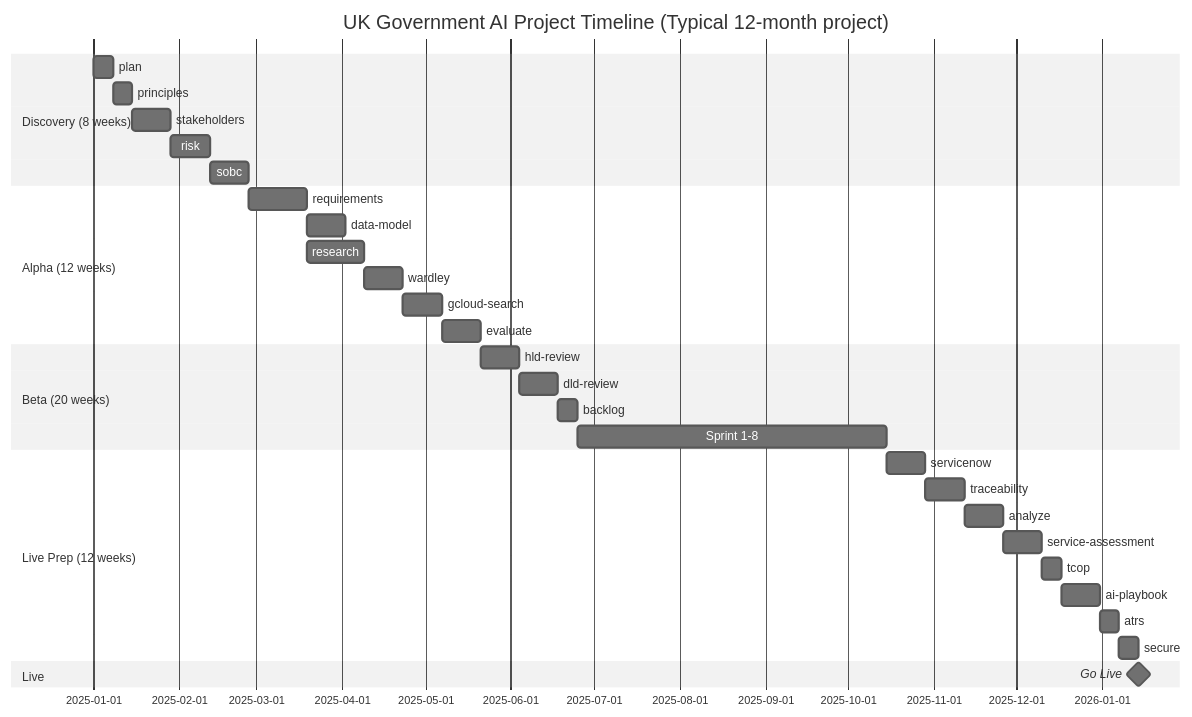
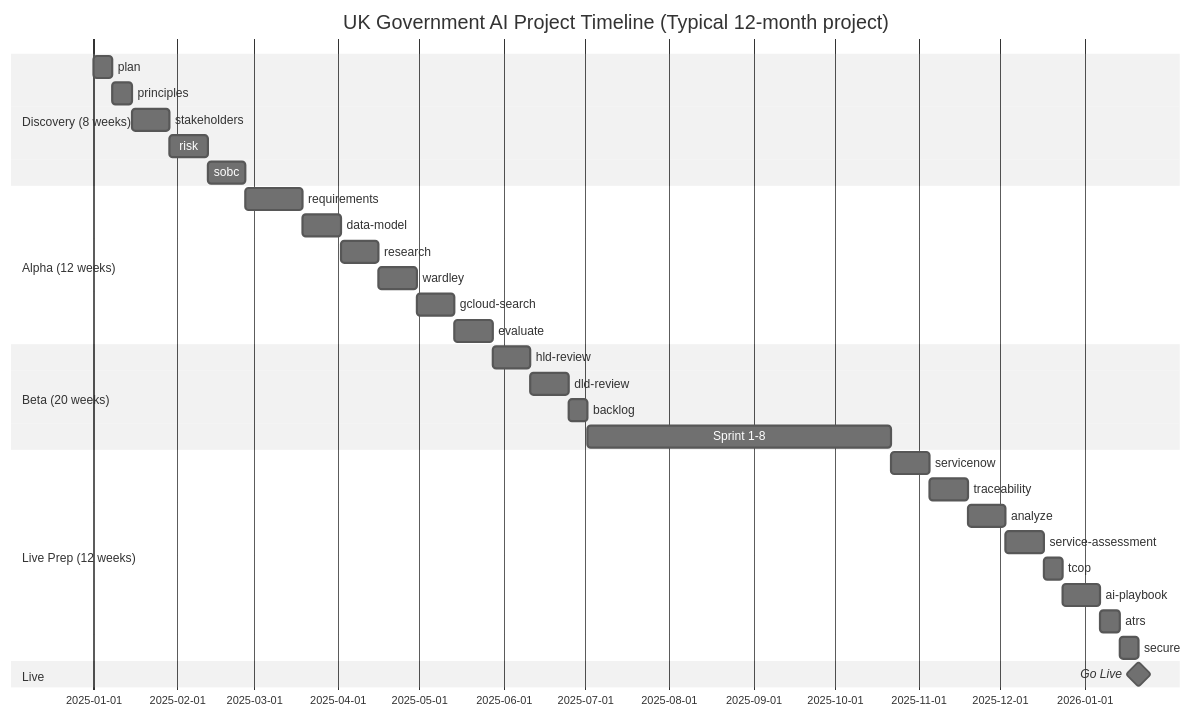
Before and after one commit to tractorjuice/arckit-test-project-v8-ons-data-platform: the sixth of 9 diagrams in WORKFLOW-DIAGRAMS.md, drawn with Mermaid (neutral theme). The commit also changed other lines of this file, not shown here.

First line of the commit message:
docs: update workflow diagrams to match dependency matrix v0.8.2

````diff
--- a/WORKFLOW-DIAGRAMS.md
+++ b/WORKFLOW-DIAGRAMS.md
@@ -418,34 +436,34 @@
 ```mermaid
 gantt
     title UK Government AI Project Timeline (Typical 12-month project)
     dateFormat YYYY-MM-DD
     section Discovery (8 weeks)
     plan                    :a1, 2025-01-01, 1w
     principles              :a2, after a1, 1w
     stakeholders            :a3, after a2, 2w
     risk                    :a4, after a3, 2w
     sobc                    :a5, after a4, 2w
     section Alpha (12 weeks)
     requirements            :b1, after a5, 3w
     data-model              :b2, after b1, 2w
-    research                :b3, after b1, 3w
+    research                :b3, after b2, 2w
     wardley                 :b4, after b3, 2w
     gcloud-search           :b5, after b4, 2w
     evaluate                :b6, after b5, 2w
     section Beta (20 weeks)
     hld-review              :c1, after b6, 2w
     dld-review              :c2, after c1, 2w
     backlog                 :c3, after c2, 1w
     Sprint 1-8              :c4, after c3, 16w
     section Live Prep (12 weeks)
     servicenow              :d1, after c4, 2w
     traceability            :d2, after d1, 2w
     analyze                 :d3, after d2, 2w
     service-assessment      :d4, after d3, 2w
     tcop                    :d5, after d4, 1w
     ai-playbook             :d6, after d5, 2w
     atrs                    :d7, after d6, 1w
     secure                  :d8, after d7, 1w
     section Live
     Go Live                 :milestone, after d8, 0d
 ```
````
